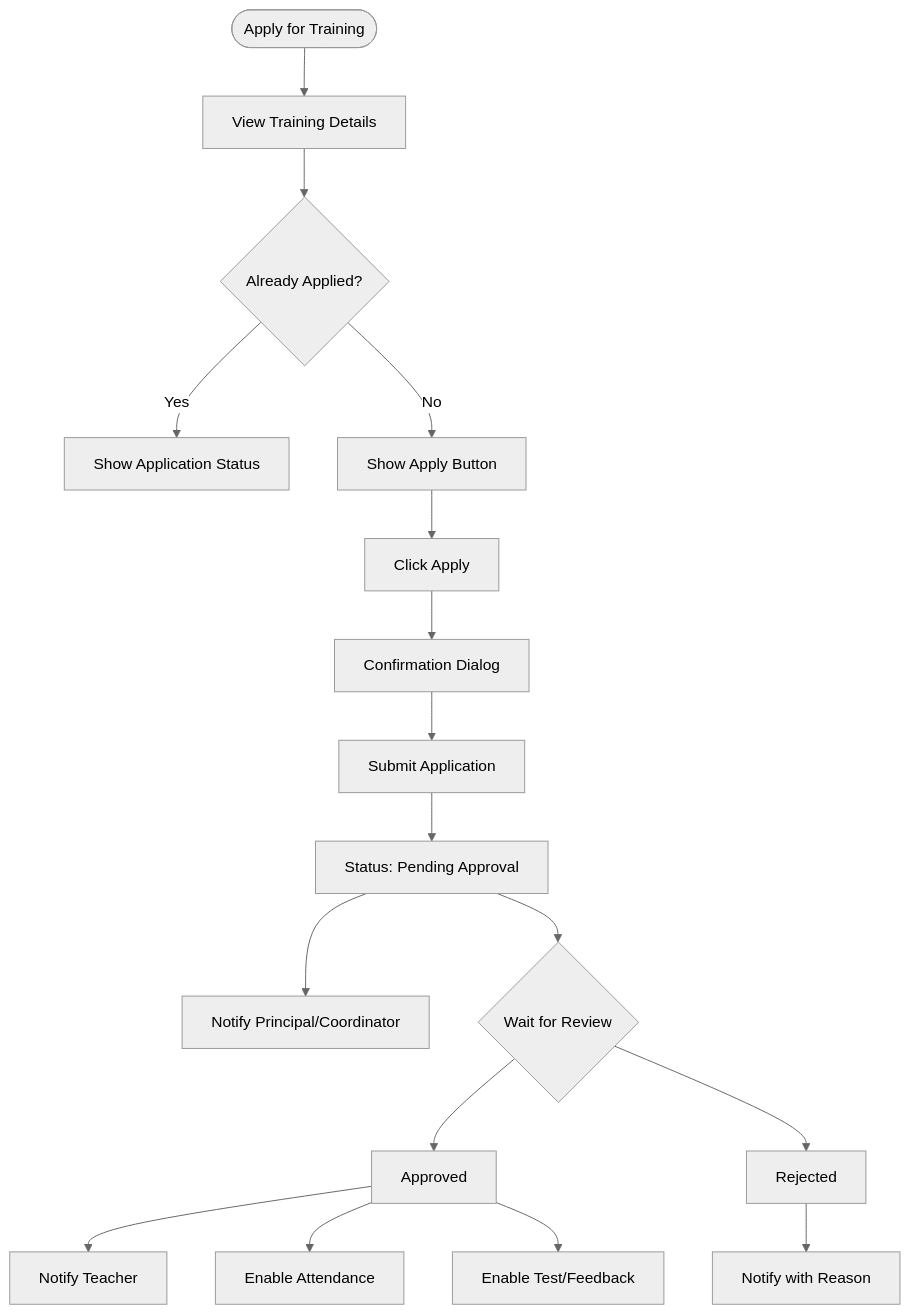
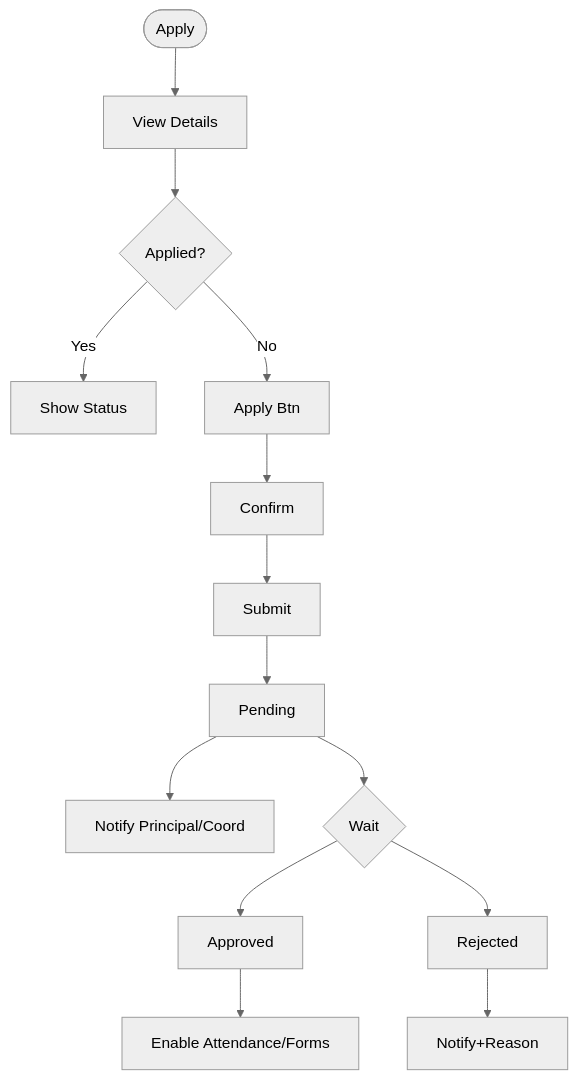
Diagram 17 of 49 in TRAINING_CALENDAR_FLOW_DIAGRAMS.md (gunjangupta-gh/placeintern), drawn with Mermaid (neutral theme) before and after one commit. The commit also changed other lines of this file and 6 other files, not shown here.

````diff
--- a/TRAINING_CALENDAR_FLOW_DIAGRAMS.md
+++ b/TRAINING_CALENDAR_FLOW_DIAGRAMS.md
@@ -642,25 +261,10 @@
 ```mermaid
 flowchart TD
-    APPLY([Apply for Training]) --> VIEW_DETAIL[View Training Details]
-
-    VIEW_DETAIL --> CHECK{Already Applied?}
-    CHECK --> |Yes| SHOW_STATUS[Show Application Status]
-    CHECK --> |No| APPLY_BTN[Show Apply Button]
-
-    APPLY_BTN --> CLICK[Click Apply]
-    CLICK --> CONFIRM[Confirmation Dialog]
-    CONFIRM --> SUBMIT[Submit Application]
-
-    SUBMIT --> PENDING[Status: Pending Approval]
-    PENDING --> NOTIFY_PRINCIPAL[Notify Principal/Coordinator]
-
-    PENDING --> WAIT{Wait for Review}
-    WAIT --> APPROVED[Approved]
-    WAIT --> REJECTED[Rejected]
-
-    APPROVED --> NOTIFY_TEACH[Notify Teacher]
-    APPROVED --> ENABLE_ATTEND[Enable Attendance]
-    APPROVED --> ENABLE_FORMS[Enable Test/Feedback]
-
-    REJECTED --> NOTIFY_TEACH2[Notify with Reason]
+    A([Apply])-->B[View Details]-->C{Applied?}
+    C-->|Yes|D[Show Status]
+    C-->|No|E[Apply Btn]-->F[Confirm]-->G[Submit]
+    G-->H[Pending]-->I[Notify Principal/Coord]
+    H-->J{Wait}
+    J-->K[Approved]-->L[Enable Attendance/Forms]
+    J-->M[Rejected]-->N[Notify+Reason]
 ```
````
